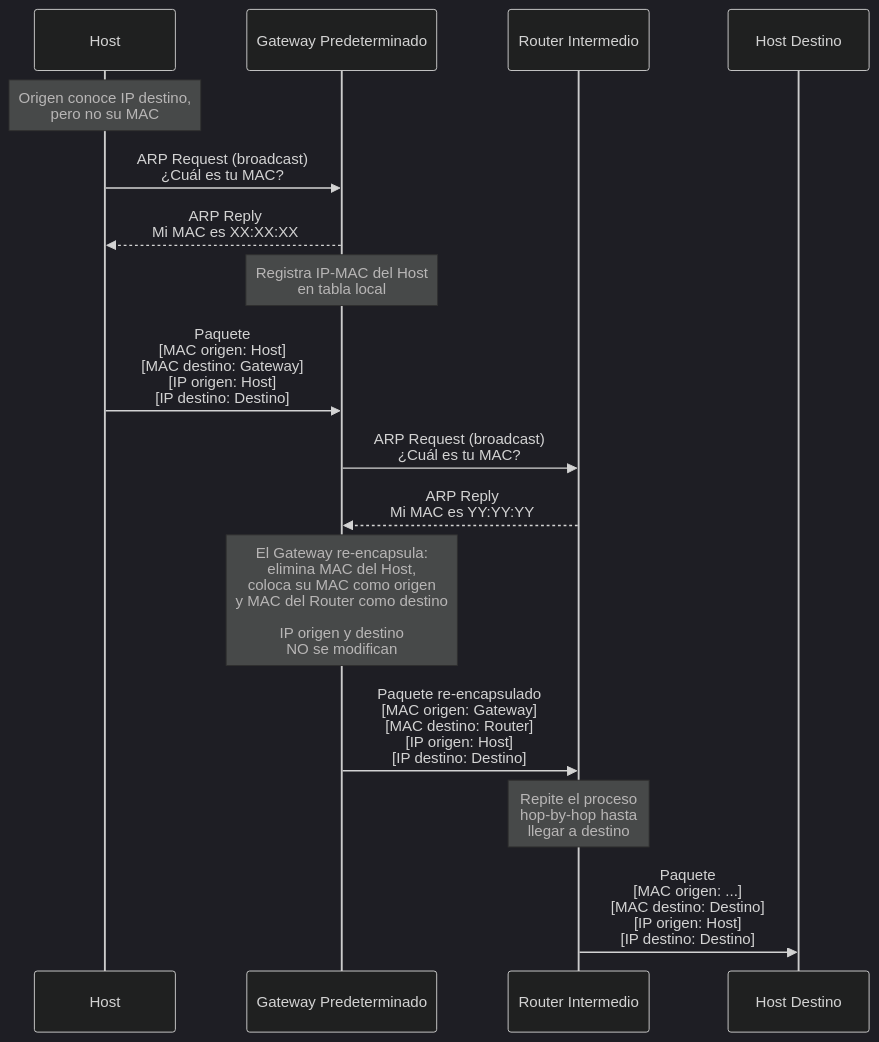
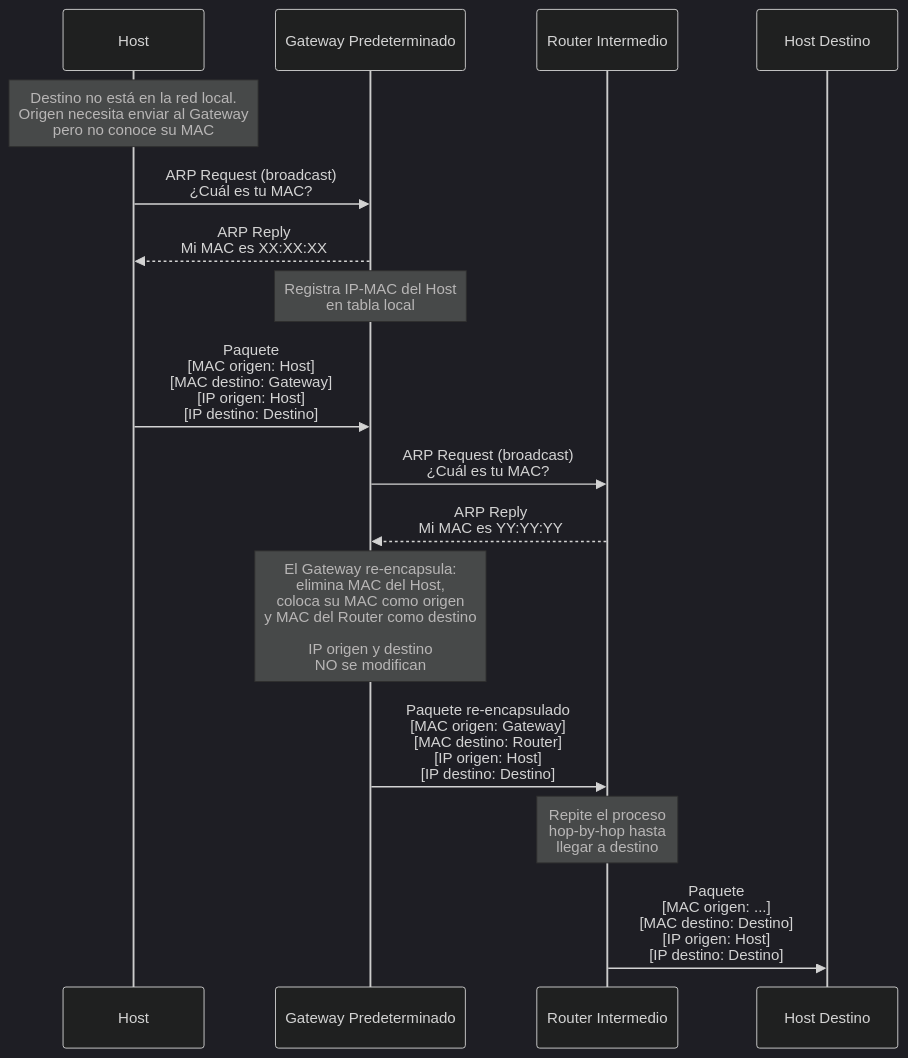
The diagram in TP1/README.md (nicopinera/Redes-De-Compu-2026), drawn with Mermaid (dark theme) before and after one commit.

Commit message:
fix(README): mejorar nota del diagrama Mermaid
- Cambiar nota genérica por una más precisa:
  'Destino no está en la red local. Origen necesita enviar al Gateway pero no conoce su MAC'

````diff
--- a/TP1/README.md
+++ b/TP1/README.md
@@ -88,26 +88,26 @@
 ```mermaid
 sequenceDiagram
     participant H as Host
     participant GW as Gateway Predeterminado
     participant R as Router Intermedio
     participant D as Host Destino
 
-    Note over H: Origen conoce IP destino,<br/>pero no su MAC
+    Note over H: Destino no está en la red local.<br/>Origen necesita enviar al Gateway<br/>pero no conoce su MAC
 
     H->>GW: ARP Request (broadcast)<br/>¿Cuál es tu MAC?
     GW-->>H: ARP Reply<br/>Mi MAC es XX:XX:XX
     Note over GW: Registra IP-MAC del Host<br/>en tabla local
 
     H->>GW: Paquete<br/>[MAC origen: Host]<br/>[MAC destino: Gateway]<br/>[IP origen: Host]<br/>[IP destino: Destino]
 
     GW->>R: ARP Request (broadcast)<br/>¿Cuál es tu MAC?
     R-->>GW: ARP Reply<br/>Mi MAC es YY:YY:YY
 
     Note over GW: El Gateway re-encapsula:<br/>elimina MAC del Host,<br/>coloca su MAC como origen<br/>y MAC del Router como destino<br/><br/>IP origen y destino<br/>NO se modifican
 
     GW->>R: Paquete re-encapsulado<br/>[MAC origen: Gateway]<br/>[MAC destino: Router]<br/>[IP origen: Host]<br/>[IP destino: Destino]
 
     Note over R: Repite el proceso<br/>hop-by-hop hasta<br/>llegar a destino
 
     R->>D: Paquete<br/>[MAC origen: ...]<br/>[MAC destino: Destino]<br/>[IP origen: Host]<br/>[IP destino: Destino]
 ```
````
